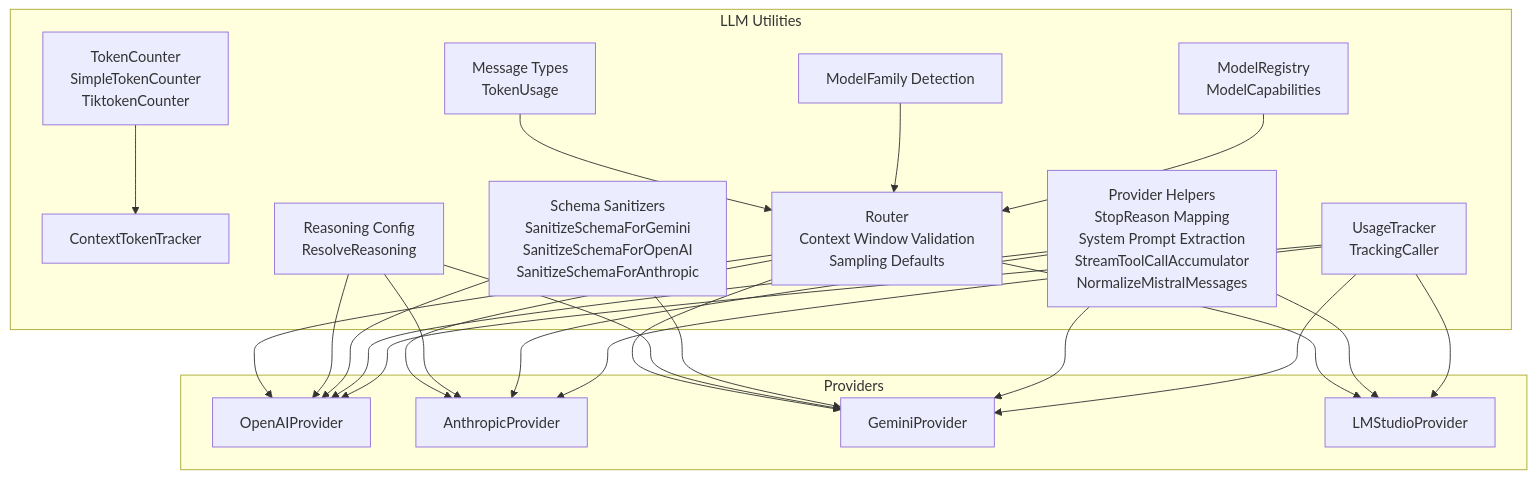
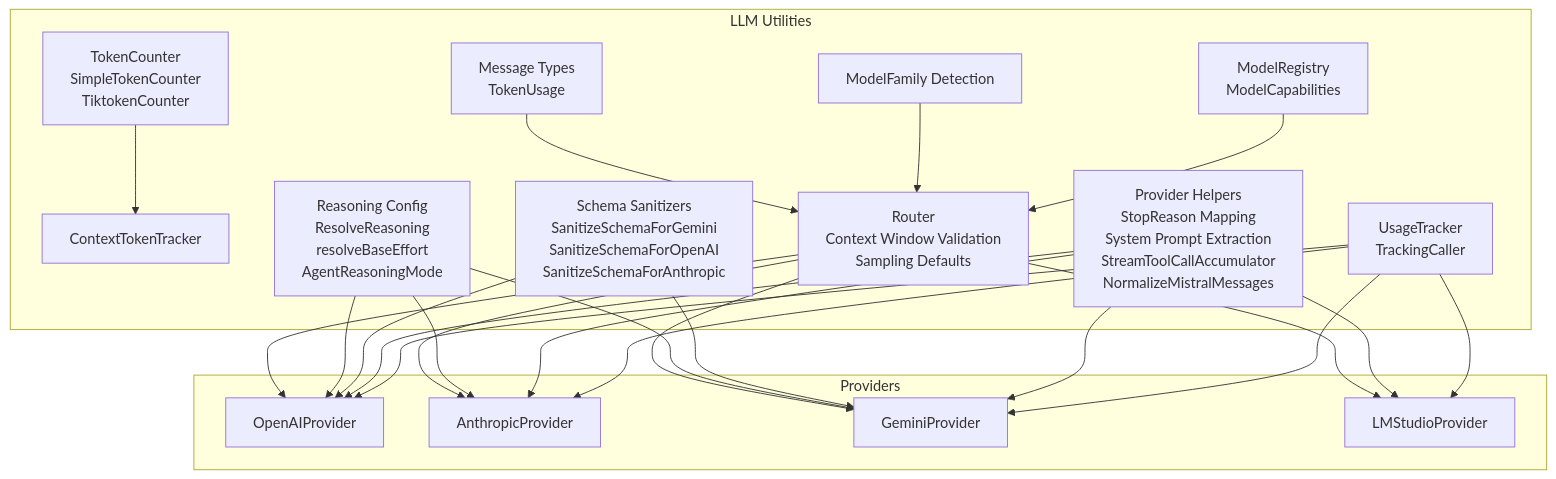
Before and after one commit to v0lka/c0wrk: the first of 12 diagrams in .qoder/repowiki/en/content/LLM Provider Integration/Utility Functions and Helpers.md, drawn with Mermaid. The commit also changed other lines of this file and 25 other files, not shown here.

````diff
--- a/.qoder/repowiki/en/content/LLM Provider Integration/Utility Functions and Helpers.md
+++ b/.qoder/repowiki/en/content/LLM Provider Integration/Utility Functions and Helpers.md
@@ -46,42 +61,42 @@
 ```mermaid
 graph TB
 subgraph "LLM Utilities"
 TC["TokenCounter<br/>SimpleTokenCounter<br/>TiktokenCounter"]
 CT["ContextTokenTracker"]
 UT["UsageTracker<br/>TrackingCaller"]
 PH["Provider Helpers<br/>StopReason Mapping<br/>System Prompt Extraction<br/>StreamToolCallAccumulator<br/>NormalizeMistralMessages"]
 SS["Schema Sanitizers<br/>SanitizeSchemaForGemini<br/>SanitizeSchemaForOpenAI<br/>SanitizeSchemaForAnthropic"]
-RE["Reasoning Config<br/>ResolveReasoning"]
+RE["Reasoning Config<br/>ResolveReasoning<br/>resolveBaseEffort<br/>AgentReasoningMode"]
 MR["ModelRegistry<br/>ModelCapabilities"]
 RF["ModelFamily Detection"]
 MS["Message Types<br/>TokenUsage"]
 RO["Router<br/>Context Window Validation<br/>Sampling Defaults"]
 end
 subgraph "Providers"
 OA["OpenAIProvider"]
 AN["AnthropicProvider"]
 GE["GeminiProvider"]
 LS["LMStudioProvider"]
 end
 TC --> CT
 UT --> OA
 UT --> AN
 UT --> GE
 UT --> LS
 PH --> OA
 PH --> AN
 PH --> GE
 PH --> LS
 SS --> OA
 SS --> GE
 RE --> OA
 RE --> AN
 RE --> GE
 MR --> RO
 RF --> RO
 MS --> RO
 RO --> OA
 RO --> AN
 RO --> GE
 RO --> LS
 ```
````
